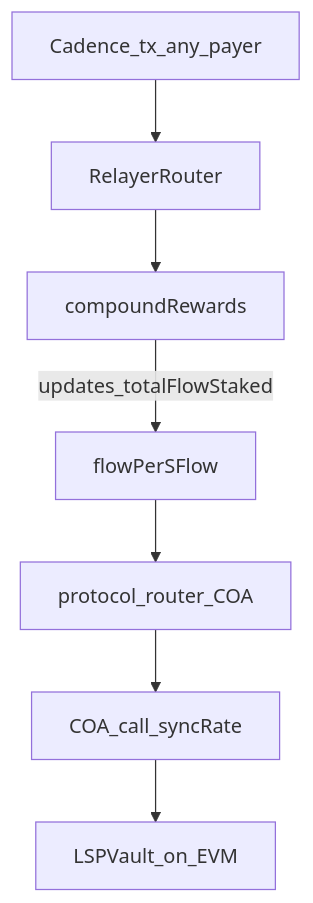
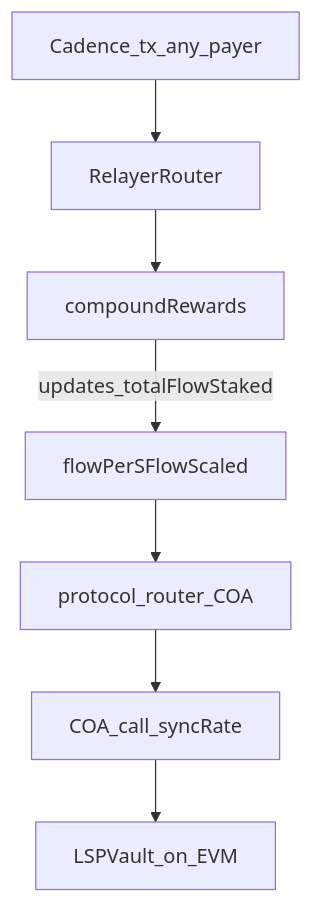
One commit to sFLOW-Project/cadence-evm-liquid-staking changed the third of 3 diagrams in README.md. Above: the diagram before and after it, drawn with Mermaid. The commit also changed other lines of this file and 10 other files, not shown here.

````diff
--- a/README.md
+++ b/README.md
@@ -136,16 +138,16 @@
 ```mermaid
 flowchart TD
   Tx[Cadence_tx_any_payer]
   Router[RelayerRouter]
   Compound[compoundRewards]
-  Read[flowPerSFlow]
+  Read[flowPerSFlowScaled]
   CoaRef[protocol_router_COA]
   EvmCall[COA_call_syncRate]
   Vault[LSPVault_on_EVM]
   Tx --> Router
   Router --> Compound
   Compound -->|updates_totalFlowStaked| Read
   Read --> CoaRef
   CoaRef --> EvmCall
   EvmCall --> Vault
 ```
````
